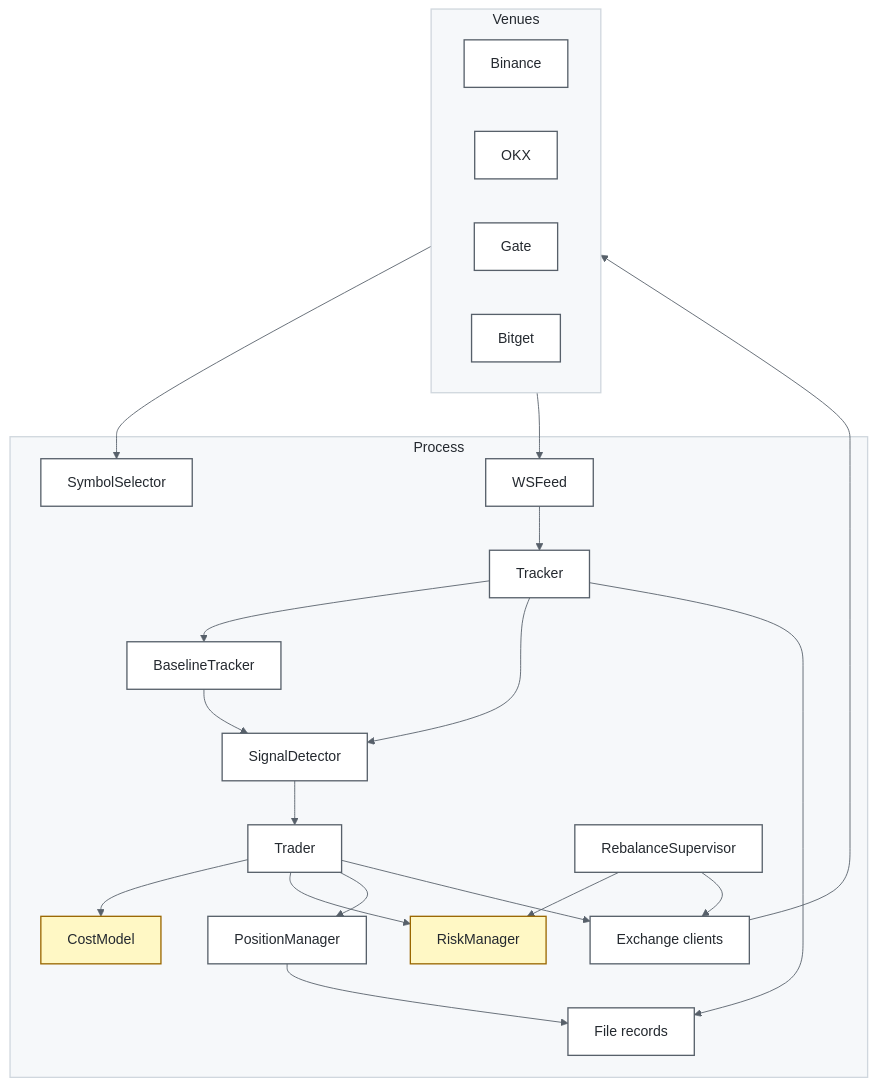
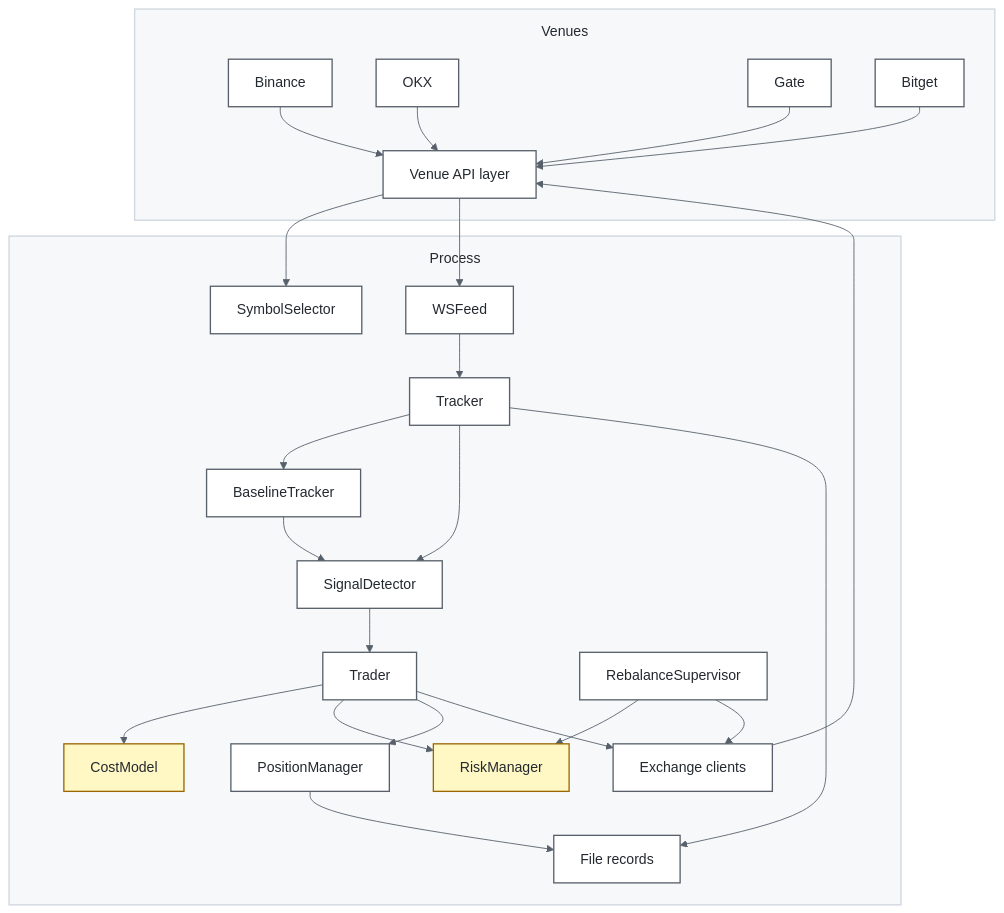
The first of 2 diagrams in docs/ARCHITECTURE.md (liurenchang62/cross-exchange-perpetual-swap-spread-arbitrage-system), drawn with Mermaid before and after one commit.

Commit message:
docs: prevent diagram labels from overlapping edges

````diff
--- a/docs/ARCHITECTURE.md
+++ b/docs/ARCHITECTURE.md
@@ -13,46 +13,51 @@
 ```mermaid
-%%{init: {"theme":"base","themeVariables":{"fontFamily":"-apple-system, BlinkMacSystemFont, Segoe UI, sans-serif","lineColor":"#57606a","primaryTextColor":"#24292f"}}}%%
+%%{init: {"theme":"base","themeVariables":{"fontFamily":"-apple-system, BlinkMacSystemFont, Segoe UI, sans-serif","lineColor":"#57606a","primaryTextColor":"#24292f"},"flowchart":{"subGraphTitleMargin":{"top":14,"bottom":18}}}}%%
 flowchart TB
     subgraph Venues
         BN[Binance]
         OK[OKX]
         GA[Gate]
         BG[Bitget]
+        API[Venue API layer]
+        BN --> API
+        OK --> API
+        GA --> API
+        BG --> API
     end
     subgraph Process
         U[SymbolSelector]
         W[WSFeed]
         T[Tracker]
         B[BaselineTracker]
         S[SignalDetector]
         TR[Trader]
         C[CostModel]
         R[RiskManager]
         P[PositionManager]
         X[Exchange clients]
         RB[RebalanceSupervisor]
         L[File records]
     end
-    Venues --> U
-    Venues --> W
+    API --> U
+    API --> W
     W --> T
     T --> B
     B --> S
     T --> S
     S --> TR
     TR --> C
     TR --> R
     TR --> P
     TR --> X
-    X --> Venues
+    X --> API
     RB --> R
     RB --> X
     T --> L
     P --> L
     classDef standard fill:#ffffff,stroke:#57606a,color:#24292f,stroke-width:1.5px;
     classDef control fill:#fff8c5,stroke:#9a6700,color:#24292f,stroke-width:1.5px;
-    class BN,OK,GA,BG,U,W,T,B,S,TR,P,X,RB,L standard;
+    class BN,OK,GA,BG,API,U,W,T,B,S,TR,P,X,RB,L standard;
     class C,R control;
     style Venues fill:#f6f8fa,stroke:#d0d7de,stroke-width:1.5px,color:#24292f;
     style Process fill:#f6f8fa,stroke:#d0d7de,stroke-width:1.5px,color:#24292f;
 ```
````
